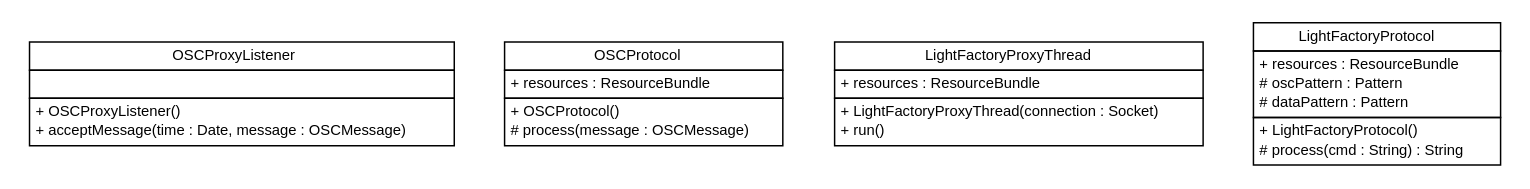
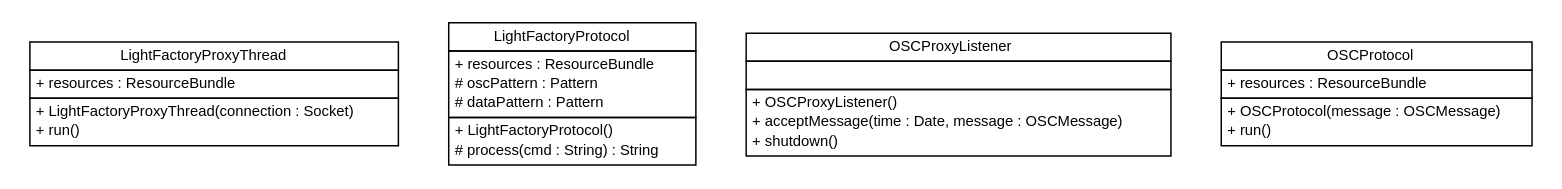
Before and after one commit to pcross616/lf-osc-proxy: the diagram in apidocs/com/xley/lfosc/impl/com.xley.lfosc.impl.dot, drawn with Graphviz. The commit also changed 113 other files, not shown here.

```diff
--- a/apidocs/com/xley/lfosc/impl/com.xley.lfosc.impl.dot
+++ b/apidocs/com/xley/lfosc/impl/com.xley.lfosc.impl.dot
@@ -1,66 +1,67 @@
 #!/usr/local/bin/dot
 #
 # Class diagram 
 # Generated by UMLGraph version R5_6 (http://www.umlgraph.org/)
 #
 
 digraph G {
 	edge [fontname="Helvetica",fontsize=10,labelfontname="Helvetica",labelfontsize=10];
 	node [fontname="Helvetica",fontsize=10,shape=plaintext];
 	nodesep=0.25;
 	ranksep=0.5;
-	// com.xley.lfosc.impl.OSCProxyListener
-	c0 [label=<<table title="com.xley.lfosc.impl.OSCProxyListener" border="0" cellborder="1" cellspacing="0" cellpadding="2" port="p" href="./OSCProxyListener.html">
-		<tr><td><table border="0" cellspacing="0" cellpadding="1">
-<tr><td align="center" balign="center"> OSCProxyListener </td></tr>
-		</table></td></tr>
-		<tr><td><table border="0" cellspacing="0" cellpadding="1">
-<tr><td align="left" balign="left">  </td></tr>
-		</table></td></tr>
-		<tr><td><table border="0" cellspacing="0" cellpadding="1">
-<tr><td align="left" balign="left"> + OSCProxyListener() </td></tr>
-<tr><td align="left" balign="left"> + acceptMessage(time : Date, message : OSCMessage) </td></tr>
-		</table></td></tr>
-		</table>>, URL="./OSCProxyListener.html", fontname="Helvetica", fontcolor="black", fontsize=10.0];
-	// com.xley.lfosc.impl.OSCProtocol
-	c1 [label=<<table title="com.xley.lfosc.impl.OSCProtocol" border="0" cellborder="1" cellspacing="0" cellpadding="2" port="p" href="./OSCProtocol.html">
-		<tr><td><table border="0" cellspacing="0" cellpadding="1">
-<tr><td align="center" balign="center"> OSCProtocol </td></tr>
-		</table></td></tr>
-		<tr><td><table border="0" cellspacing="0" cellpadding="1">
-<tr><td align="left" balign="left"> + resources : ResourceBundle </td></tr>
-		</table></td></tr>
-		<tr><td><table border="0" cellspacing="0" cellpadding="1">
-<tr><td align="left" balign="left"> + OSCProtocol() </td></tr>
-<tr><td align="left" balign="left"> # process(message : OSCMessage) </td></tr>
-		</table></td></tr>
-		</table>>, URL="./OSCProtocol.html", fontname="Helvetica", fontcolor="black", fontsize=10.0];
 	// com.xley.lfosc.impl.LightFactoryProxyThread
-	c2 [label=<<table title="com.xley.lfosc.impl.LightFactoryProxyThread" border="0" cellborder="1" cellspacing="0" cellpadding="2" port="p" href="./LightFactoryProxyThread.html">
+	c9 [label=<<table title="com.xley.lfosc.impl.LightFactoryProxyThread" border="0" cellborder="1" cellspacing="0" cellpadding="2" port="p" href="./LightFactoryProxyThread.html">
 		<tr><td><table border="0" cellspacing="0" cellpadding="1">
 <tr><td align="center" balign="center"> LightFactoryProxyThread </td></tr>
 		</table></td></tr>
 		<tr><td><table border="0" cellspacing="0" cellpadding="1">
 <tr><td align="left" balign="left"> + resources : ResourceBundle </td></tr>
 		</table></td></tr>
 		<tr><td><table border="0" cellspacing="0" cellpadding="1">
 <tr><td align="left" balign="left"> + LightFactoryProxyThread(connection : Socket) </td></tr>
 <tr><td align="left" balign="left"> + run() </td></tr>
 		</table></td></tr>
 		</table>>, URL="./LightFactoryProxyThread.html", fontname="Helvetica", fontcolor="black", fontsize=10.0];
 	// com.xley.lfosc.impl.LightFactoryProtocol
-	c3 [label=<<table title="com.xley.lfosc.impl.LightFactoryProtocol" border="0" cellborder="1" cellspacing="0" cellpadding="2" port="p" href="./LightFactoryProtocol.html">
+	c10 [label=<<table title="com.xley.lfosc.impl.LightFactoryProtocol" border="0" cellborder="1" cellspacing="0" cellpadding="2" port="p" href="./LightFactoryProtocol.html">
 		<tr><td><table border="0" cellspacing="0" cellpadding="1">
 <tr><td align="center" balign="center"> LightFactoryProtocol </td></tr>
 		</table></td></tr>
 		<tr><td><table border="0" cellspacing="0" cellpadding="1">
 <tr><td align="left" balign="left"> + resources : ResourceBundle </td></tr>
 <tr><td align="left" balign="left"> # oscPattern : Pattern </td></tr>
 <tr><td align="left" balign="left"> # dataPattern : Pattern </td></tr>
 		</table></td></tr>
 		<tr><td><table border="0" cellspacing="0" cellpadding="1">
 <tr><td align="left" balign="left"> + LightFactoryProtocol() </td></tr>
 <tr><td align="left" balign="left"> # process(cmd : String) : String </td></tr>
 		</table></td></tr>
 		</table>>, URL="./LightFactoryProtocol.html", fontname="Helvetica", fontcolor="black", fontsize=10.0];
+	// com.xley.lfosc.impl.OSCProxyListener
+	c11 [label=<<table title="com.xley.lfosc.impl.OSCProxyListener" border="0" cellborder="1" cellspacing="0" cellpadding="2" port="p" href="./OSCProxyListener.html">
+		<tr><td><table border="0" cellspacing="0" cellpadding="1">
+<tr><td align="center" balign="center"> OSCProxyListener </td></tr>
+		</table></td></tr>
+		<tr><td><table border="0" cellspacing="0" cellpadding="1">
+<tr><td align="left" balign="left">  </td></tr>
+		</table></td></tr>
+		<tr><td><table border="0" cellspacing="0" cellpadding="1">
+<tr><td align="left" balign="left"> + OSCProxyListener() </td></tr>
+<tr><td align="left" balign="left"> + acceptMessage(time : Date, message : OSCMessage) </td></tr>
+<tr><td align="left" balign="left"> + shutdown() </td></tr>
+		</table></td></tr>
+		</table>>, URL="./OSCProxyListener.html", fontname="Helvetica", fontcolor="black", fontsize=10.0];
+	// com.xley.lfosc.impl.OSCProtocol
+	c12 [label=<<table title="com.xley.lfosc.impl.OSCProtocol" border="0" cellborder="1" cellspacing="0" cellpadding="2" port="p" href="./OSCProtocol.html">
+		<tr><td><table border="0" cellspacing="0" cellpadding="1">
+<tr><td align="center" balign="center"> OSCProtocol </td></tr>
+		</table></td></tr>
+		<tr><td><table border="0" cellspacing="0" cellpadding="1">
+<tr><td align="left" balign="left"> + resources : ResourceBundle </td></tr>
+		</table></td></tr>
+		<tr><td><table border="0" cellspacing="0" cellpadding="1">
+<tr><td align="left" balign="left"> + OSCProtocol(message : OSCMessage) </td></tr>
+<tr><td align="left" balign="left"> + run() </td></tr>
+		</table></td></tr>
+		</table>>, URL="./OSCProtocol.html", fontname="Helvetica", fontcolor="black", fontsize=10.0];
 }
```
